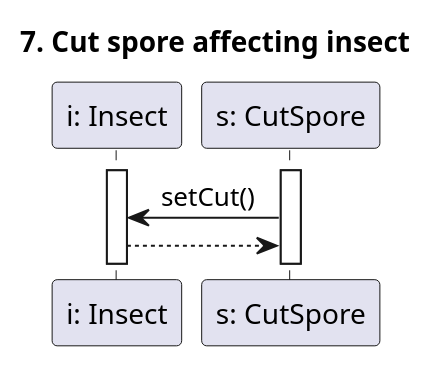
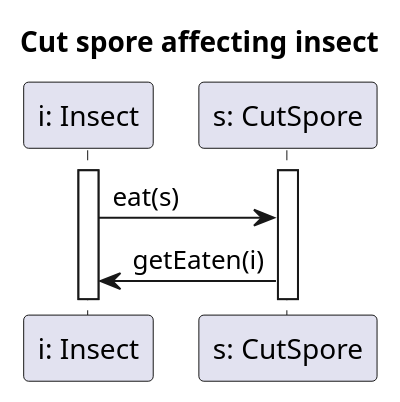
One commit to Harcipan/Projlab_nullpointerexception changed the diagram in diagrams/diagramFiles/SQ_SporeAffectsInsectWithCut.puml. Above: the diagram before and after it, drawn with PlantUML. The commit also changed 13 other files, not shown here.

```diff
--- a/diagrams/diagramFiles/SQ_SporeAffectsInsectWithCut.puml
+++ b/diagrams/diagramFiles/SQ_SporeAffectsInsectWithCut.puml
@@ -1,14 +1,15 @@
 @startuml InsectSpeedUp
 
-title 7. Cut spore affecting insect
+title Cut spore affecting insect
 
 participant "i: Insect" as I
 participant "s: CutSpore" as Sp
 
 activate I
 activate Sp
 
-Sp -> I : setCut()
-I --> Sp
+I -> Sp : eat(s)
+Sp -> I : getEaten(i)
+
 
 @enduml
```
